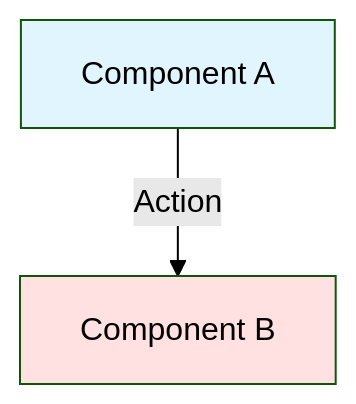
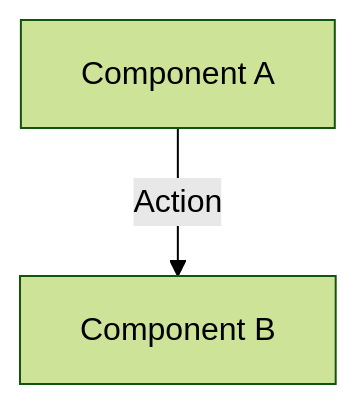
The diagram in CLAUDE.md (latacora/aws-oidc-workload-identity), drawn with Mermaid (forest theme) before and after one commit. The commit also changed other lines of this file and 5 other files, not shown here.

First line of the commit message:
Make shell scripts shellcheck-clean and remove Mermaid styling

````diff
--- a/CLAUDE.md
+++ b/CLAUDE.md
@@ -169,6 +169,4 @@
   ```mermaid
   graph TD
       A[Component A] -->|Action| B[Component B]
-      style A fill:#e1f5ff
-      style B fill:#ffe1e1
   ```
````
